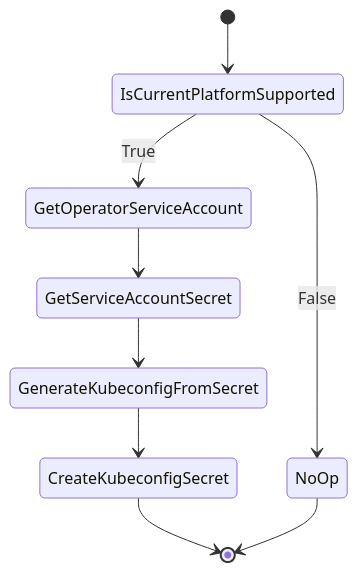
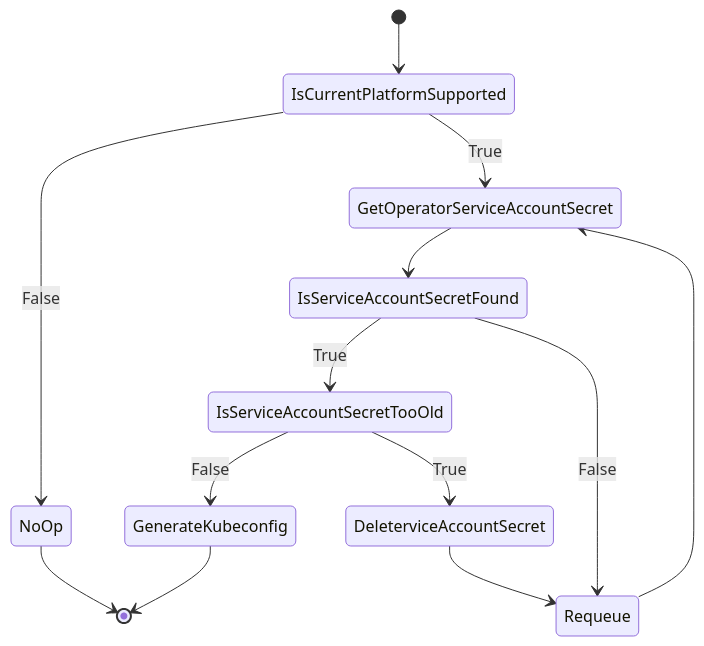
One commit to openshift/cluster-capi-operator changed the diagram in docs/controllers/kubeconfig.md. Above: the diagram before and after it, drawn with Mermaid. The commit also changed other lines of this file and 5 other files, not shown here.

````diff
--- a/docs/controllers/kubeconfig.md
+++ b/docs/controllers/kubeconfig.md
@@ -9,12 +9,16 @@
 ```mermaid
 stateDiagram-v2
     [*] --> IsCurrentPlatformSupported
     state IsCurrentPlatformSupported <<choice>>
     IsCurrentPlatformSupported --> NoOp: False
-    IsCurrentPlatformSupported --> GetOperatorServiceAccount: True
-    GetOperatorServiceAccount --> GetServiceAccountSecret
-    GetServiceAccountSecret --> GenerateKubeconfigFromSecret
-    GenerateKubeconfigFromSecret --> CreateKubeconfigSecret
-    CreateKubeconfigSecret --> [*]
+    IsCurrentPlatformSupported --> GetOperatorServiceAccountSecret: True
+    GetOperatorServiceAccountSecret --> IsServiceAccountSecretFound
+    IsServiceAccountSecretFound --> IsServiceAccountSecretTooOld: True
+    IsServiceAccountSecretTooOld --> GenerateKubeconfig: False
+    GenerateKubeconfig --> [*]
+    IsServiceAccountSecretFound --> Requeue: False
+    Requeue --> GetOperatorServiceAccountSecret
+    IsServiceAccountSecretTooOld --> DeleterviceAccountSecret: True
+    DeleterviceAccountSecret --> Requeue
     NoOp --> [*]
 ```
````
